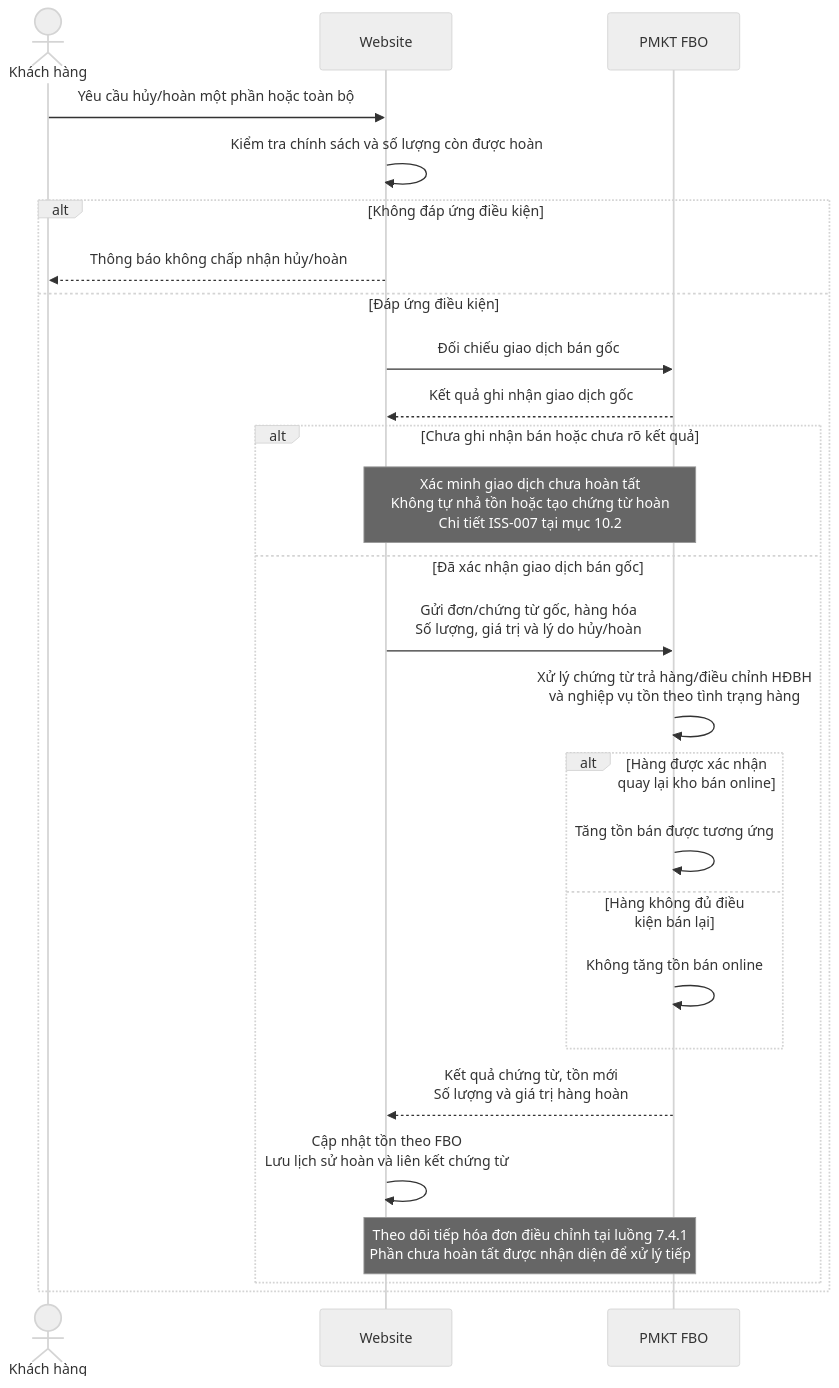
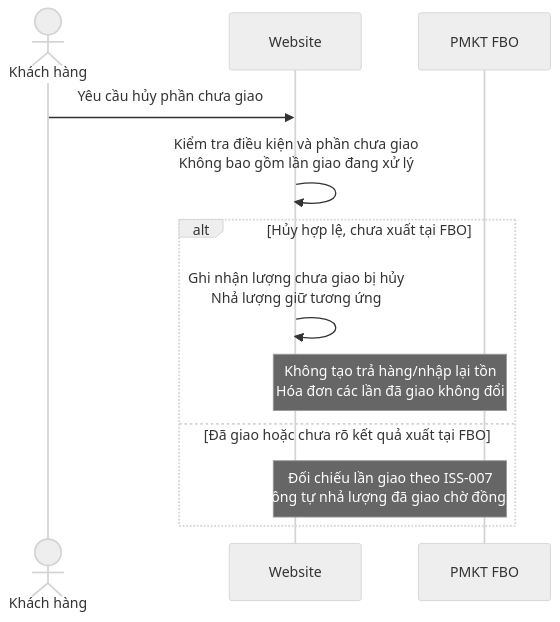
One commit to quangnh0609/PhuongThao changed the third of 4 diagrams in BRD.md. Above: the diagram before and after it, drawn with Mermaid (neutral theme). The commit also changed other lines of this file and 56 other files, not shown here.

````diff
--- a/BRD.md
+++ b/BRD.md
@@ -263,28 +185,14 @@
 ```mermaid
 sequenceDiagram
     actor KH as Khách hàng
     participant WEB as Website
     participant FBO as PMKT FBO
-    KH->>WEB: Yêu cầu hủy/hoàn một phần hoặc toàn bộ
-    WEB->>WEB: Kiểm tra chính sách và số lượng còn được hoàn
-    alt Không đáp ứng điều kiện
-        WEB-->>KH: Thông báo không chấp nhận hủy/hoàn
-    else Đáp ứng điều kiện
-        WEB->>FBO: Đối chiếu giao dịch bán gốc
-        FBO-->>WEB: Kết quả ghi nhận giao dịch gốc
-        alt Chưa ghi nhận bán hoặc chưa rõ kết quả
-            Note over WEB,FBO: Xác minh giao dịch chưa hoàn tất<br/>Không tự nhả tồn hoặc tạo chứng từ hoàn<br/>Chi tiết ISS-007 tại mục 10.2
-        else Đã xác nhận giao dịch bán gốc
-            WEB->>FBO: Gửi đơn/chứng từ gốc, hàng hóa<br/>Số lượng, giá trị và lý do hủy/hoàn
-            FBO->>FBO: Xử lý chứng từ trả hàng/điều chỉnh HĐBH<br/>và nghiệp vụ tồn theo tình trạng hàng
-            alt Hàng được xác nhận quay lại kho bán online
-                FBO->>FBO: Tăng tồn bán được tương ứng
-            else Hàng không đủ điều kiện bán lại
-                FBO->>FBO: Không tăng tồn bán online
-            end
-            FBO-->>WEB: Kết quả chứng từ, tồn mới<br/>Số lượng và giá trị hàng hoàn
-            WEB->>WEB: Cập nhật tồn theo FBO<br/>Lưu lịch sử hoàn và liên kết chứng từ
-            Note over WEB,FBO: Theo dõi tiếp hóa đơn điều chỉnh tại luồng 7.4.1<br/>Phần chưa hoàn tất được nhận diện để xử lý tiếp
-        end
+    KH->>WEB: Yêu cầu hủy phần chưa giao
+    WEB->>WEB: Kiểm tra điều kiện và phần chưa giao<br/>Không bao gồm lần giao đang xử lý
+    alt Hủy hợp lệ, chưa xuất tại FBO
+        WEB->>WEB: Ghi nhận lượng chưa giao bị hủy<br/>Nhả lượng giữ tương ứng
+        Note over WEB,FBO: Không tạo trả hàng/nhập lại tồn<br/>Hóa đơn các lần đã giao không đổi
+    else Đã giao hoặc chưa rõ kết quả xuất tại FBO
+        Note over WEB,FBO: Đối chiếu lần giao theo ISS-007<br/>Không tự nhả lượng đã giao chờ đồng bộ
     end
 ```
````
